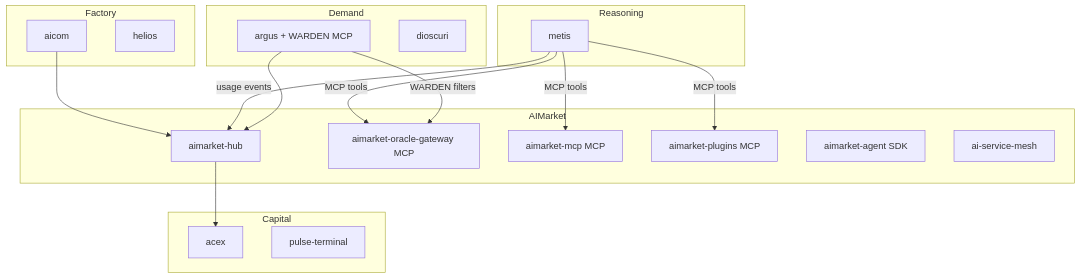
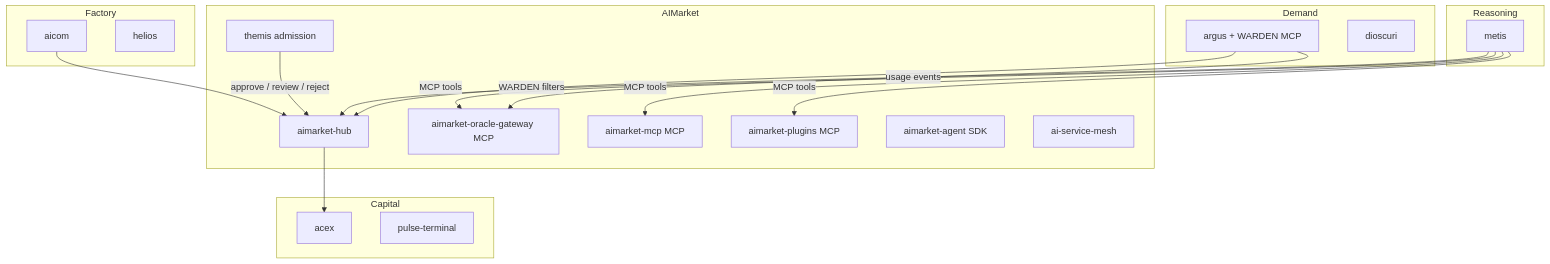
The first of 5 diagrams in docs/en/ECOSYSTEM.md (alexar76/metis), drawn with Mermaid before and after one commit. The commit also changed 5 other files, not shown here.

````diff
--- a/docs/en/ECOSYSTEM.md
+++ b/docs/en/ECOSYSTEM.md
@@ -7,39 +7,41 @@
 ```mermaid
 flowchart TB
     subgraph factory [Factory]
         AICOM[aicom]
         HELIOS[helios]
     end
 
     subgraph marketplace [AIMarket]
         HUB[aimarket-hub]
+        THEMIS[themis admission]
         ORACLE_GW[aimarket-oracle-gateway MCP]
         MCP_GW[aimarket-mcp MCP]
         PLUGINS[aimarket-plugins MCP]
         AGENT[aimarket-agent SDK]
         MESH[ai-service-mesh]
     end
 
     subgraph reasoning [Reasoning]
         SB[metis]
     end
 
     subgraph demand [Demand]
         ARGUS[argus + WARDEN MCP]
         DIOSCURI[dioscuri]
     end
 
     subgraph capital [Capital]
         ACEX[acex]
         PULSE[pulse-terminal]
     end
 
     AICOM --> HUB
+    THEMIS -->|"approve / review / reject"| HUB
     SB -->|MCP tools| ORACLE_GW
     SB -->|MCP tools| MCP_GW
     SB -->|MCP tools| PLUGINS
     SB -->|usage events| HUB
     ARGUS --> HUB
     ARGUS -->|WARDEN filters| ORACLE_GW
     HUB --> ACEX
 ```
````
